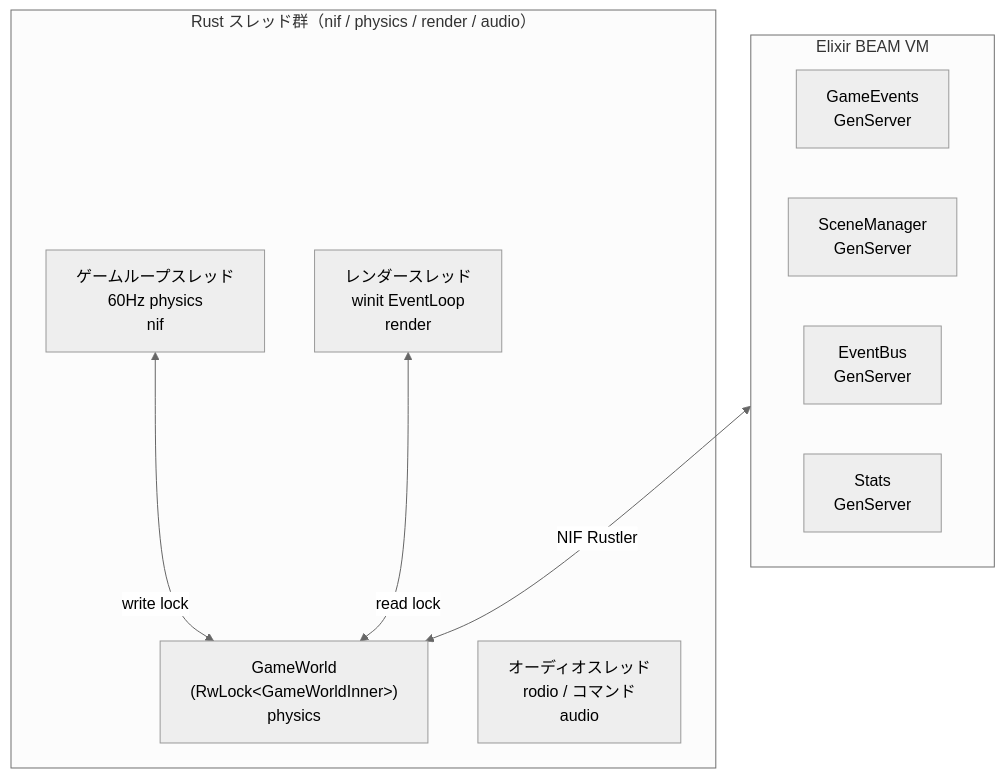
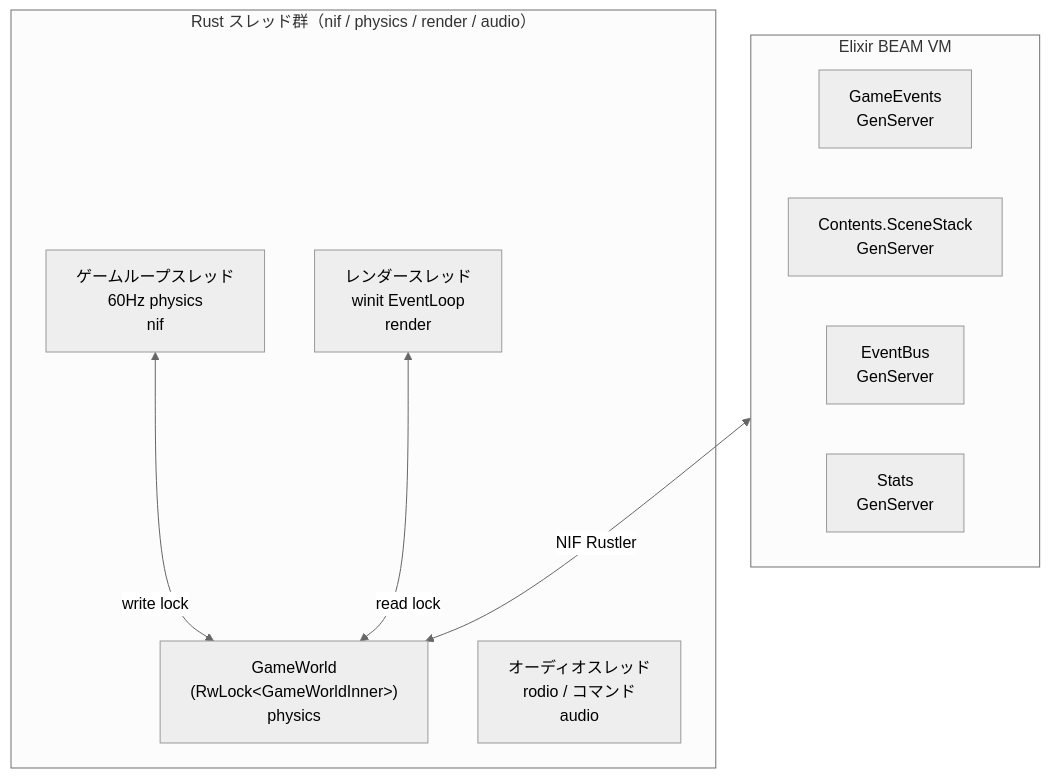
One commit to FRICK-ELDY/alchemy-engine changed diagram 12 of 12 in docs/data-flow.md. Above: the diagram before and after it, drawn with Mermaid (neutral theme). The commit also changed other lines of this file and 12 other files, not shown here.

Commit message:
Complete scene management migration to contents layer

````diff
--- a/docs/data-flow.md
+++ b/docs/data-flow.md
@@ -276,21 +276,21 @@
 ```mermaid
 graph TB
     subgraph BEAM["Elixir BEAM VM"]
         GEV[GameEvents\nGenServer]
-        SCM[SceneManager\nGenServer]
+        SS[Contents.SceneStack\nGenServer]
         EVB[EventBus\nGenServer]
         STS[Stats\nGenServer]
     end
 
     BEAM <-->|NIF Rustler| GW
 
     subgraph RUST["Rust スレッド群（nif / physics / render / audio）"]
         GL[ゲームループスレッド\n60Hz physics\nnif]
         RT[レンダースレッド\nwinit EventLoop\nrender]
         AT[オーディオスレッド\nrodio / コマンド\naudio]
         GW["GameWorld\n(RwLock&lt;GameWorldInner&gt;)\nphysics"]
 
         GL <-->|write lock| GW
         RT <-->|read lock| GW
     end
 ```
````
